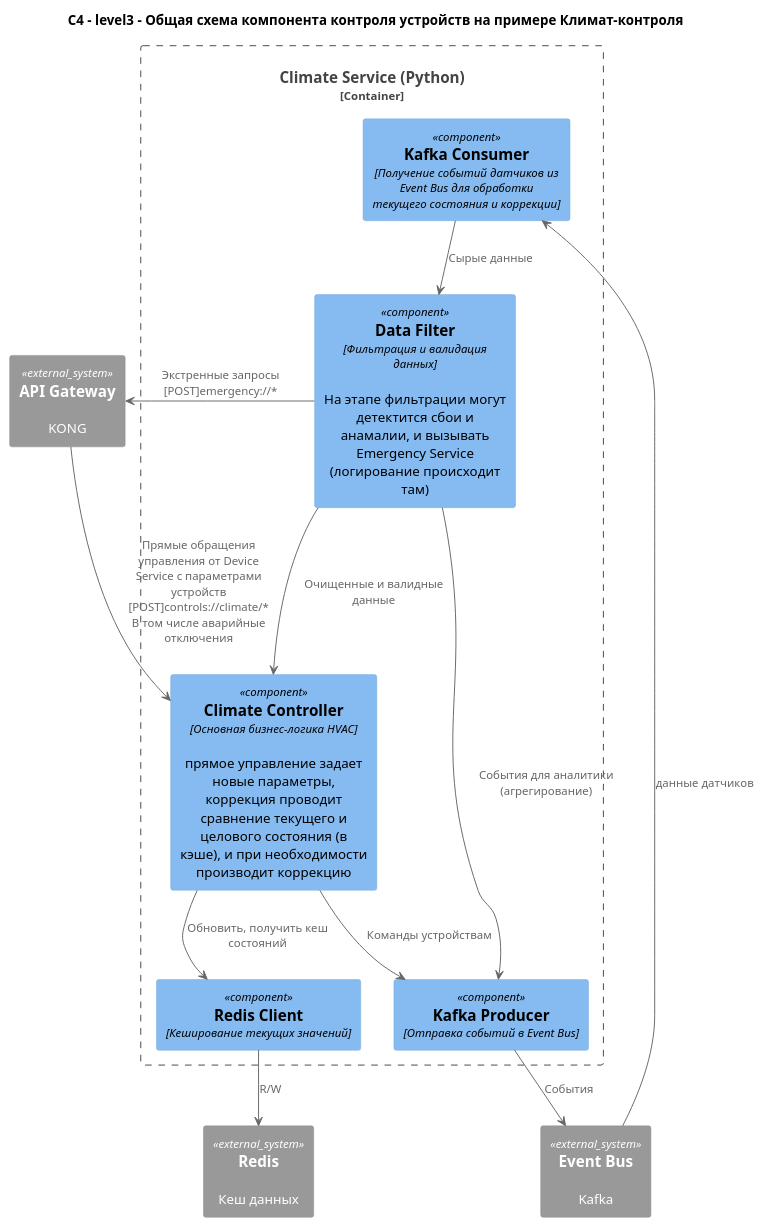
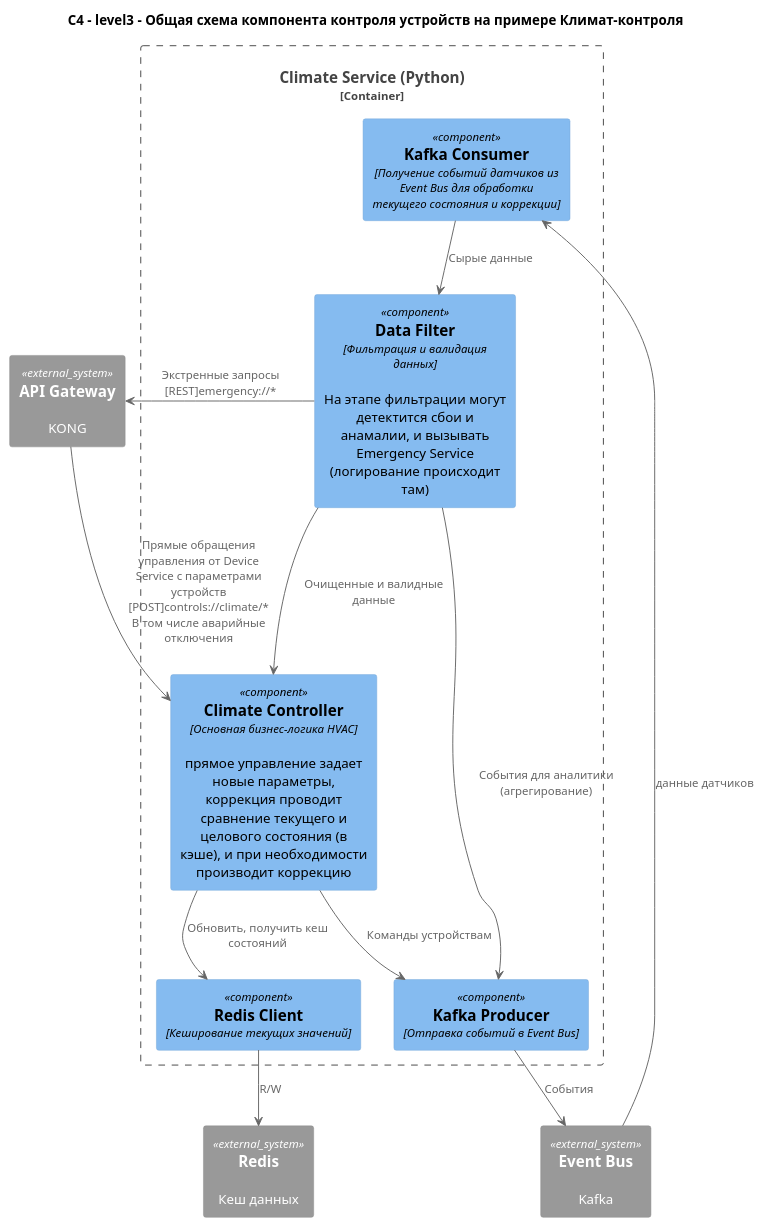
One commit to AdvanGit/practicum-sprint-3 changed the diagram in smart-home-monolith/docs/C4/to-be-component-climate.puml. Above: the diagram before and after it, drawn with PlantUML.

Commit message:
фиксы

```diff
--- a/smart-home-monolith/docs/C4/to-be-component-climate.puml
+++ b/smart-home-monolith/docs/C4/to-be-component-climate.puml
@@ -1,41 +1,41 @@
 @startuml ClimateService_Components
 !include https://raw.githubusercontent.com/plantuml-stdlib/C4-PlantUML/master/C4_Component.puml
 
 title "C4 - level3 - Общая схема компонента контроля устройств на примере Климат-контроля"
 
 ' === Контейнер ===
 Container_Boundary(climate_service, "Climate Service (Python)") {
 
   ' === Ядро сервиса ===
   Component(controller, "Climate Controller", "Основная бизнес-логика HVAC", "прямое управление задает новые параметры, коррекция проводит сравнение текущего и целового состояния (в кэше), и при необходимости производит коррекцию")
   
   ' === Обработка данных ===
   Component(data_filter, "Data Filter", "Фильтрация и валидация данных", "На этапе фильтрации могут детектится сбои и анамалии, и вызывать Emergency Service (логирование происходит там)")
 
   ' === Работа с хранилищами ===
   Component(redis_client, "Redis Client", "Кеширование текущих значений")
   Component(event_producer, "Kafka Producer", "Отправка событий в Event Bus")
   Component(event_consumer, "Kafka Consumer", "Получение событий датчиков из Event Bus для обработки текущего состояния и коррекции")
 
   ' === Взаимодействия ===
   event_consumer --> data_filter : "Сырые данные"
   data_filter --> controller : "Очищенные и валидные данные"
   controller --> event_producer : "Команды устройствам"
   controller --> redis_client : "Обновить, получить кеш состояний"
   data_filter --> event_producer : "События для аналитики (агрегирование)"
 }
 
 ' === Внешние зависимости ===
 System_Ext(api_gw, "API Gateway", "KONG")
 System_Ext(event_bus, "Event Bus", "Kafka")
 System_Ext(redis, "Redis", "Кеш данных")
 
 ' === Ключевые связи ===
 api_gw --> controller : "Прямые обращения управления от Device Service с параметрами устройств [POST]controls://climate/*\nВ том числе аварийные отключения"
 
 event_bus --> event_consumer  : "данные датчиков"
 redis_client --> redis : "R/W"
 event_producer --> event_bus : "События"
-data_filter --> api_gw : "Экстренные запросы [POST]emergency://*"
+data_filter --> api_gw : "Экстренные запросы [REST]emergency://*"
 
 @enduml
```
